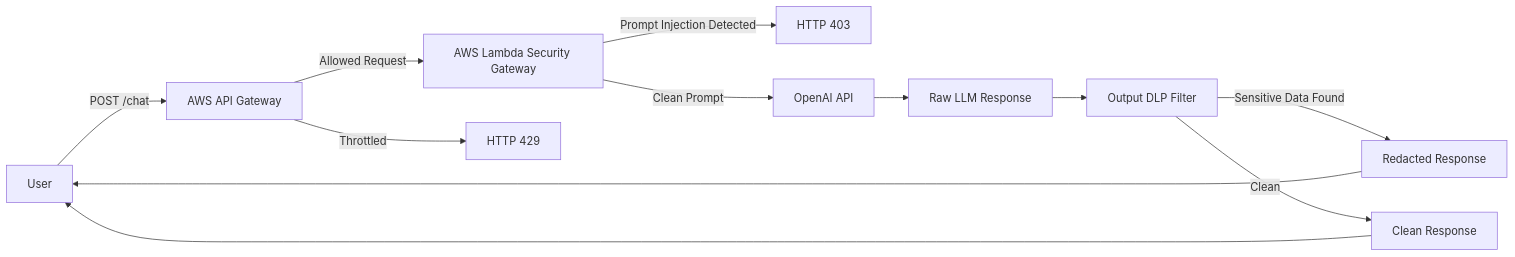
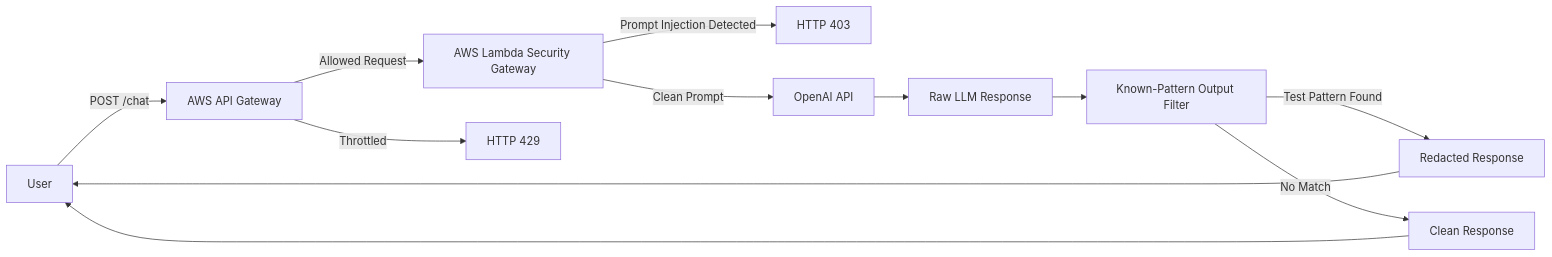
The diagram in README.md (PeteAndrews1289/llm-security-gateway), drawn with Mermaid before and after one commit. The commit also changed other lines of this file and 1634 other files, not shown here.

````diff
--- a/README.md
+++ b/README.md
@@ -27,14 +29,14 @@
 ```mermaid
 flowchart LR
     User[User] -->|POST /chat| APIGW[AWS API Gateway]
     APIGW -->|Allowed Request| Lambda[AWS Lambda Security Gateway]
     APIGW -->|Throttled| RateLimit[HTTP 429]
     Lambda -->|Prompt Injection Detected| Block[HTTP 403]
     Lambda -->|Clean Prompt| LLM[OpenAI API]
     LLM --> Raw[Raw LLM Response]
-    Raw --> DLP[Output DLP Filter]
-    DLP -->|Sensitive Data Found| Redacted[Redacted Response]
-    DLP -->|Clean| Success[Clean Response]
+    Raw --> Filter[Known-Pattern Output Filter]
+    Filter -->|Test Pattern Found| Redacted[Redacted Response]
+    Filter -->|No Match| Success[Clean Response]
     Redacted --> User
     Success --> User
 ```
````
